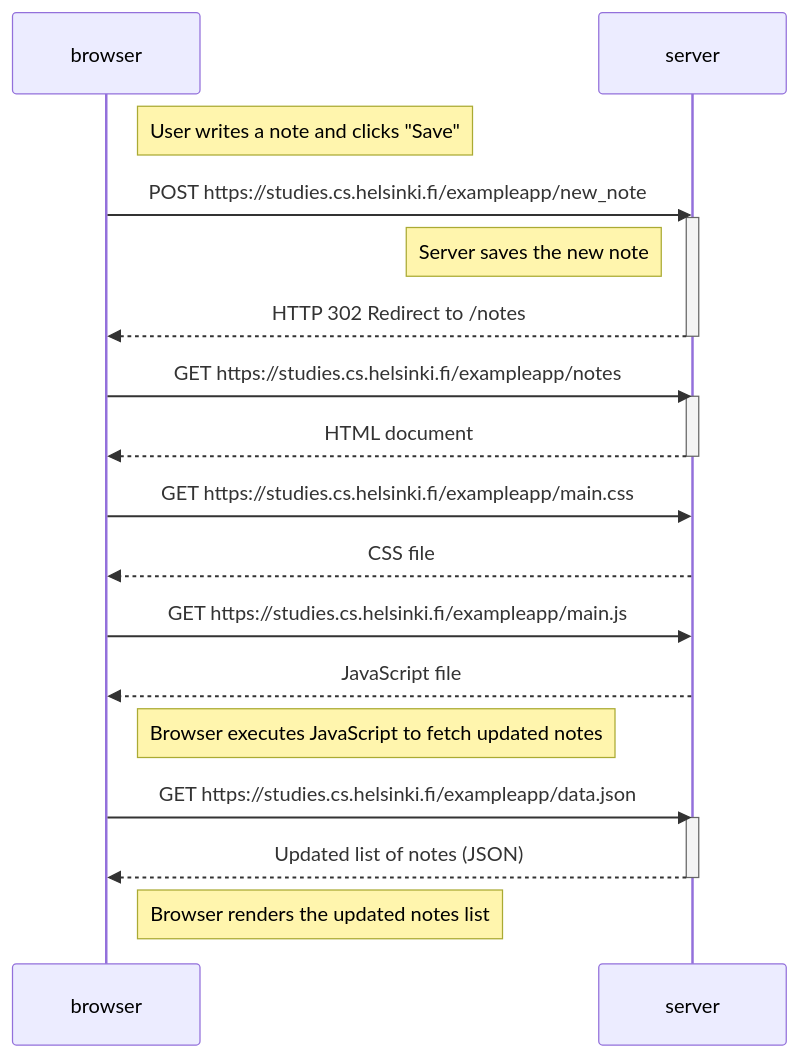
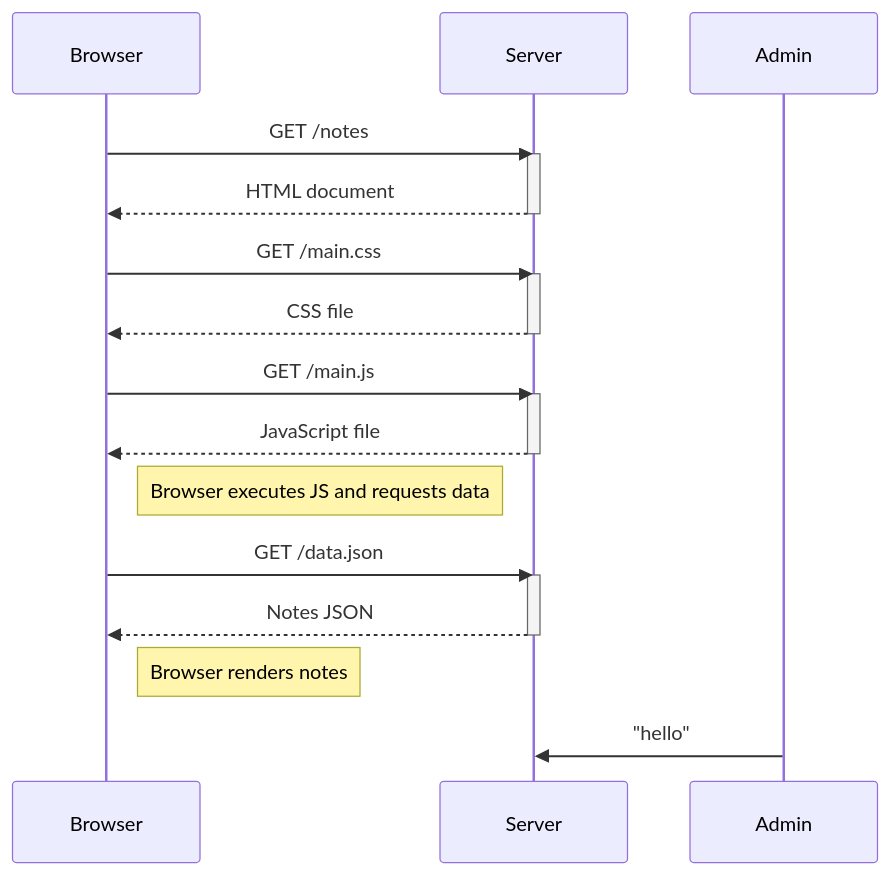
One commit to Rehanscoder12/fullstackcourse changed the diagram in ex04.md. Above: the diagram before and after it, drawn with Mermaid.

````diff
--- a/ex04.md
+++ b/ex04.md
@@ -1,33 +1,34 @@
 ```mermaid
 sequenceDiagram
-    participant browser
-    participant server
+    participant Browser
+    participant Server
+    participant Admin
 
-    Note right of browser: User writes a note and clicks "Save"
+    Browser->>Server: GET /notes
+    activate Server
+    Server-->>Browser: HTML document
+    deactivate Server
 
-    browser->>server: POST https://studies.cs.helsinki.fi/exampleapp/new_note
-    activate server
-    Note left of server: Server saves the new note
-    server-->>browser: HTTP 302 Redirect to /notes
-    deactivate server
+    Browser->>Server: GET /main.css
+    activate Server
+    Server-->>Browser: CSS file
+    deactivate Server
 
-    browser->>server: GET https://studies.cs.helsinki.fi/exampleapp/notes
-    activate server
-    server-->>browser: HTML document
-    deactivate server
+    Browser->>Server: GET /main.js
+    activate Server
+    Server-->>Browser: JavaScript file
+    deactivate Server
 
-    browser->>server: GET https://studies.cs.helsinki.fi/exampleapp/main.css
-    server-->>browser: CSS file
+    Note right of Browser: Browser executes JS and requests data
 
-    browser->>server: GET https://studies.cs.helsinki.fi/exampleapp/main.js
-    server-->>browser: JavaScript file
+    Browser->>Server: GET /data.json
+    activate Server
+    Server-->>Browser: Notes JSON
+    deactivate Server
 
-    Note right of browser: Browser executes JavaScript to fetch updated notes
-    
-    browser->>server: GET https://studies.cs.helsinki.fi/exampleapp/data.json
-    activate server
-    server-->>browser: Updated list of notes (JSON)
-    deactivate server
+    Note right of Browser: Browser renders notes
 
-    Note right of browser: Browser renders the updated notes list
+    %% Admin sends message
+    Admin->>Server: "hello"
+
 ```
````
